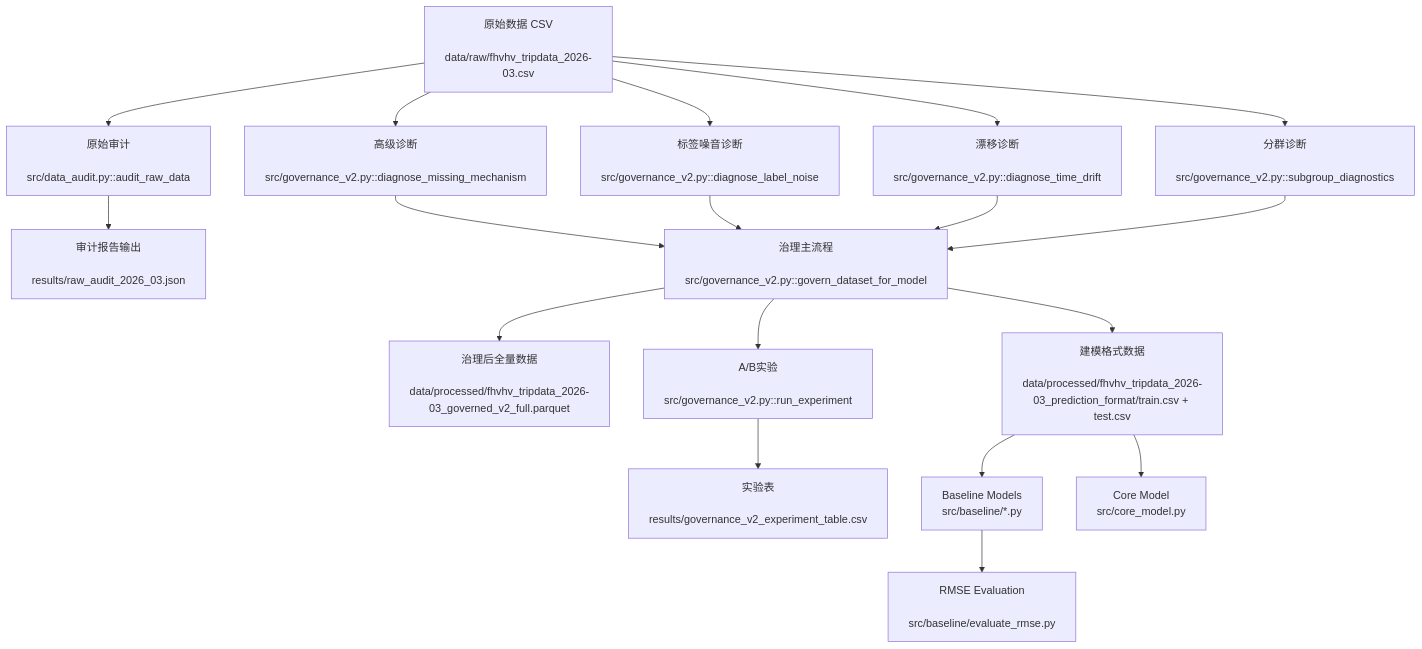
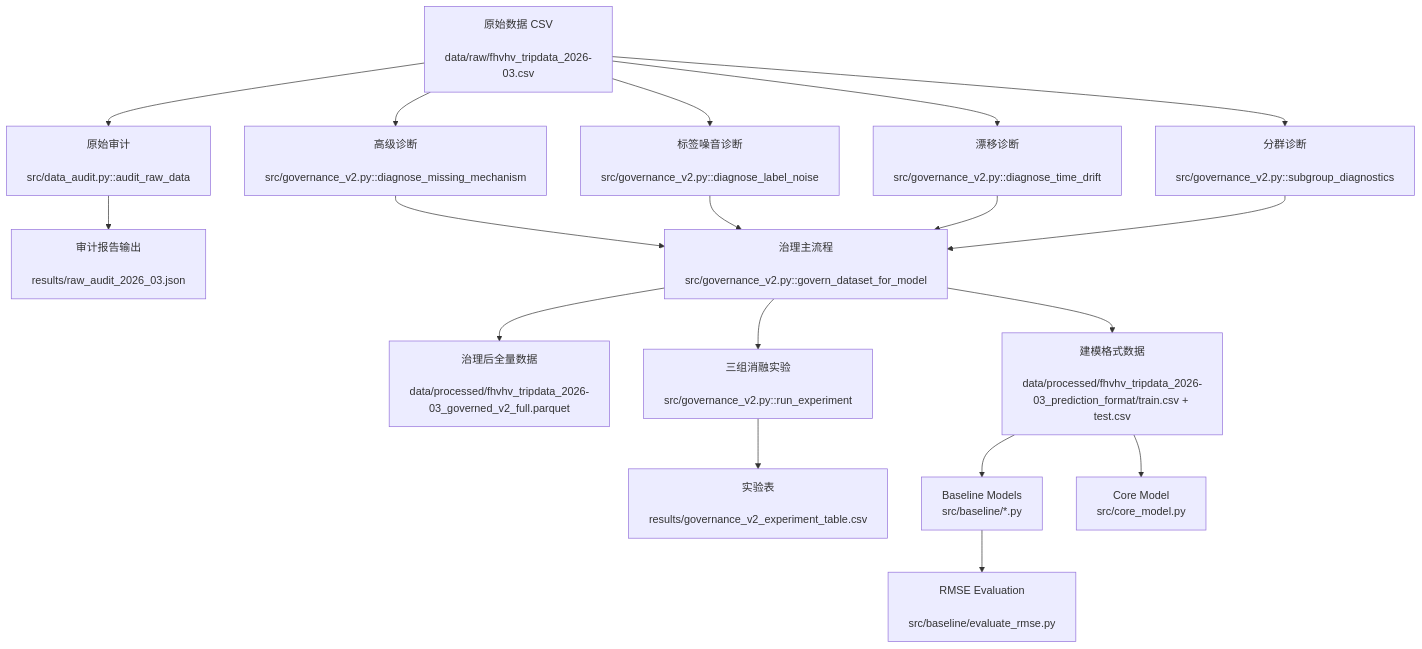
One commit to C-CH621/datamining-taxi-2026-ChiikaDD changed the first of 2 diagrams in document/midterm/ChiikaDD.md. Above: the diagram before and after it, drawn with Mermaid. The commit also changed other lines of this file and 4 other files, not shown here.

````diff
--- a/document/midterm/ChiikaDD.md
+++ b/document/midterm/ChiikaDD.md
@@ -95,20 +95,20 @@
 ```mermaid
 flowchart TD
     A[原始数据 CSV\n data/raw/fhvhv_tripdata_2026-03.csv] --> B[原始审计\n src/data_audit.py::audit_raw_data]
     B --> C[审计报告输出\n results/raw_audit_2026_03.json]
     A --> D[高级诊断\n src/governance_v2.py::diagnose_missing_mechanism]
     A --> E[标签噪音诊断\n src/governance_v2.py::diagnose_label_noise]
     A --> F[漂移诊断\n src/governance_v2.py::diagnose_time_drift]
     A --> G[分群诊断\n src/governance_v2.py::subgroup_diagnostics]
     D --> H[治理主流程\n src/governance_v2.py::govern_dataset_for_model]
     E --> H
     F --> H
     G --> H
     H --> I[治理后全量数据\n data/processed/fhvhv_tripdata_2026-03_governed_v2_full.parquet]
     H --> J[建模格式数据\n data/processed/fhvhv_tripdata_2026-03_prediction_format/train.csv + test.csv]
-    H --> K[A/B实验\n src/governance_v2.py::run_experiment]
+    H --> K[三组消融实验\n src/governance_v2.py::run_experiment]
     K --> L[实验表\n results/governance_v2_experiment_table.csv]
     J --> M[Baseline Models\n src/baseline/*.py]
     J --> N[Core Model\n src/core_model.py]
     M --> O[RMSE Evaluation\n src/baseline/evaluate_rmse.py]
 ```
````
